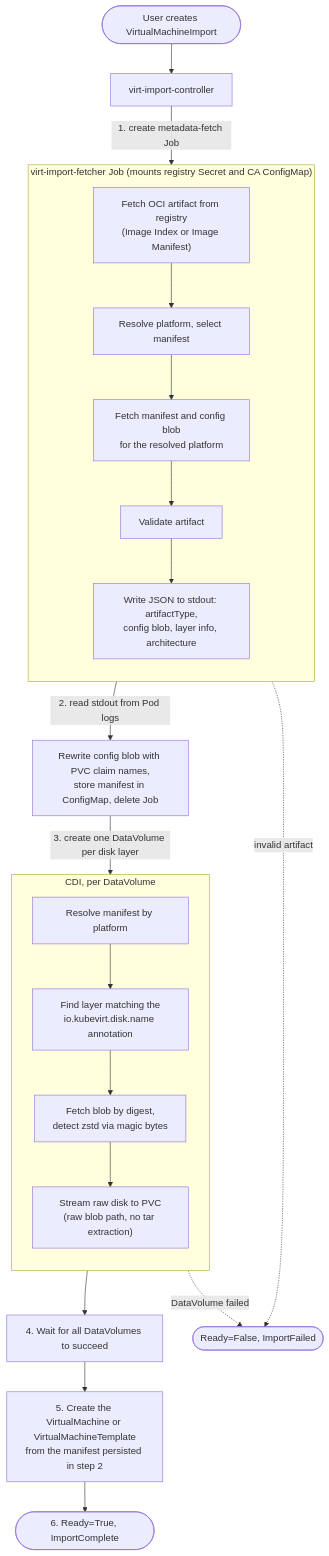
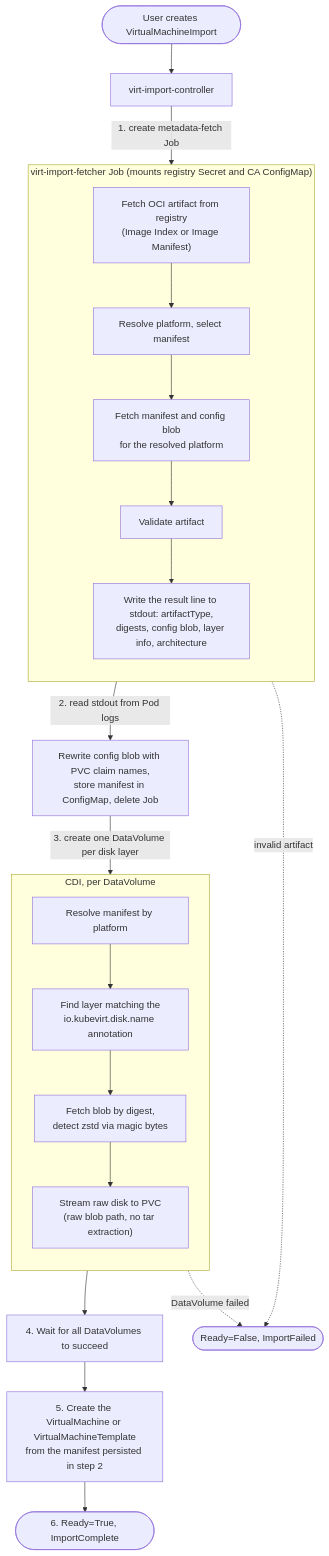
The diagram in veps/sig-compute/395-oci-import/vep.md (kubevirt/enhancements), drawn with Mermaid before and after one commit. The commit also changed other lines of this file, not shown here.

````diff
--- a/veps/sig-compute/395-oci-import/vep.md
+++ b/veps/sig-compute/395-oci-import/vep.md
@@ -412,34 +450,34 @@
 ```mermaid
 flowchart TD
     U(["User creates VirtualMachineImport"]) --> CTRL["virt-import-controller"]
     CTRL -->|"1. create metadata-fetch Job"| FETCH
 
     subgraph FETCH ["virt-import-fetcher Job (mounts registry Secret and CA ConfigMap)"]
         direction TB
         F1["Fetch OCI artifact from registry<br/>(Image Index or Image Manifest)"]
         F2["Resolve platform, select manifest"]
         F3["Fetch manifest and config blob<br/>for the resolved platform"]
         F4["Validate artifact"]
-        F5["Write JSON to stdout: artifactType,<br/>config blob, layer info, architecture"]
+        F5["Write the result line to stdout: artifactType,<br/>digests, config blob, layer info, architecture"]
         F1 --> F2 --> F3 --> F4 --> F5
     end
 
     FETCH -->|"2. read stdout from Pod logs"| STORE["Rewrite config blob with PVC claim names,<br/>store manifest in ConfigMap, delete Job"]
     STORE -->|"3. create one DataVolume per disk layer"| CDI
 
     subgraph CDI ["CDI, per DataVolume"]
         direction TB
         C1["Resolve manifest by platform"]
         C2["Find layer matching the<br/>io.kubevirt.disk.name annotation"]
         C3["Fetch blob by digest,<br/>detect zstd via magic bytes"]
         C4["Stream raw disk to PVC<br/>(raw blob path, no tar extraction)"]
         C1 --> C2 --> C3 --> C4
     end
 
     CDI --> WAIT["4. Wait for all DataVolumes to succeed"]
     WAIT --> CREATE["5. Create the VirtualMachine or VirtualMachineTemplate<br/>from the manifest persisted in step 2"]
     CREATE --> READY(["6. Ready=True, ImportComplete"])
 
     F4 -.->|"invalid artifact"| FAIL(["Ready=False, ImportFailed"])
     CDI -.->|"DataVolume failed"| FAIL
 ```
````
